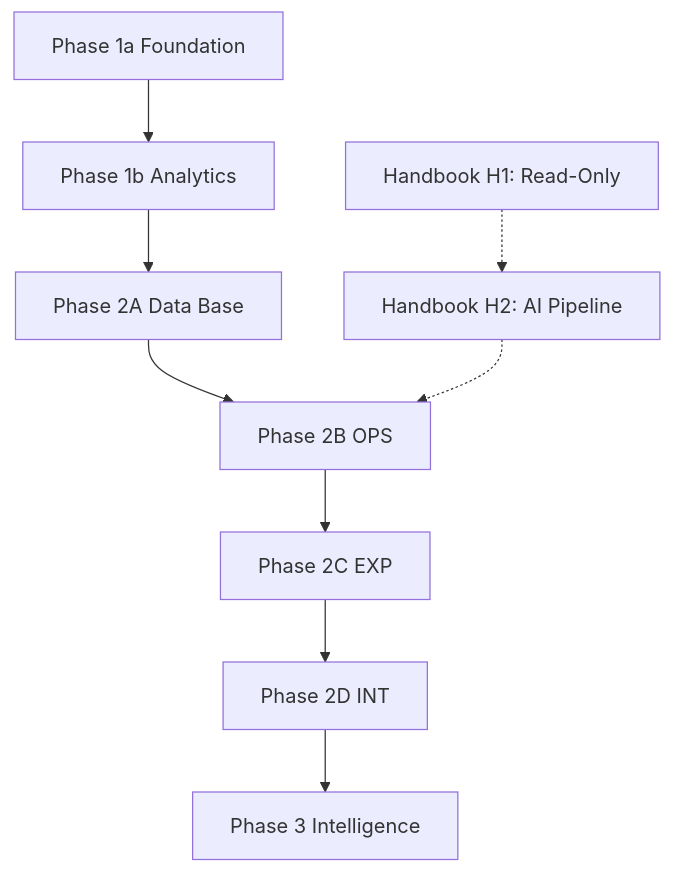
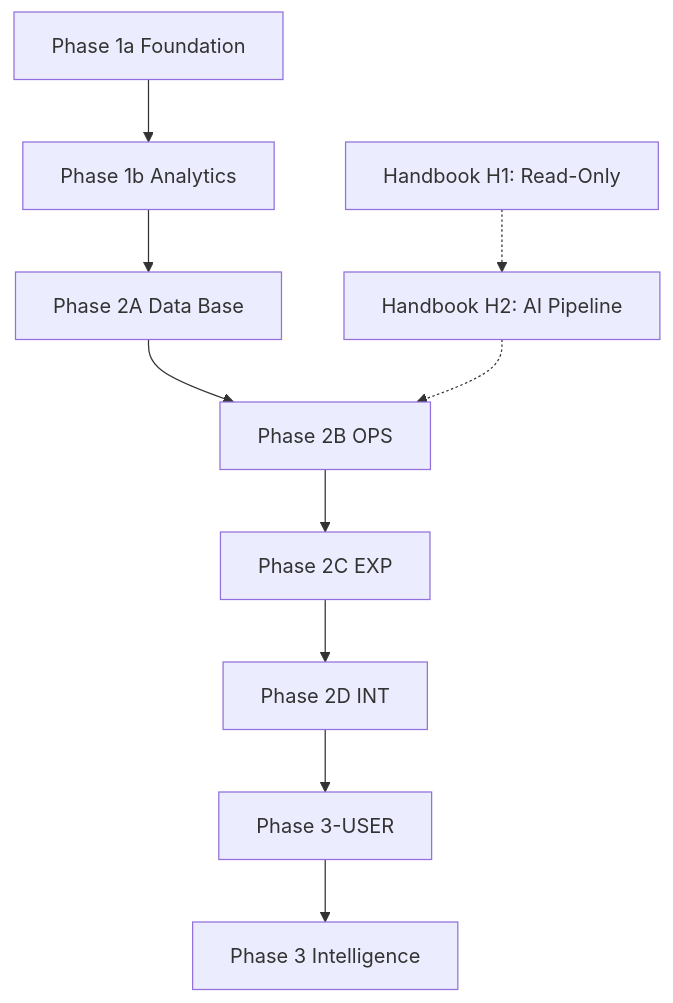
One commit to x0to1log/0to1log changed the diagram in docs/IMPLEMENTATION_PLAN.md. Above: the diagram before and after it, drawn with Mermaid. The commit also changed other lines of this file and 5 other files, not shown here.

````diff
--- a/docs/IMPLEMENTATION_PLAN.md
+++ b/docs/IMPLEMENTATION_PLAN.md
@@ -34,12 +34,13 @@
 ```mermaid
 flowchart TD
   P1A[Phase 1a Foundation] --> P1B[Phase 1b Analytics]
   P1B --> P2A[Phase 2A Data Base]
   P2A --> P2B[Phase 2B OPS]
   P2B --> P2C[Phase 2C EXP]
   P2C --> P2D[Phase 2D INT]
-  P2D --> P3[Phase 3 Intelligence]
+  P2D --> P3U[Phase 3-USER]
+  P3U --> P3[Phase 3 Intelligence]
 
   H1[Handbook H1: Read-Only] -.-> H2[Handbook H2: AI Pipeline]
   H2 -.-> P2B
 ```
````
